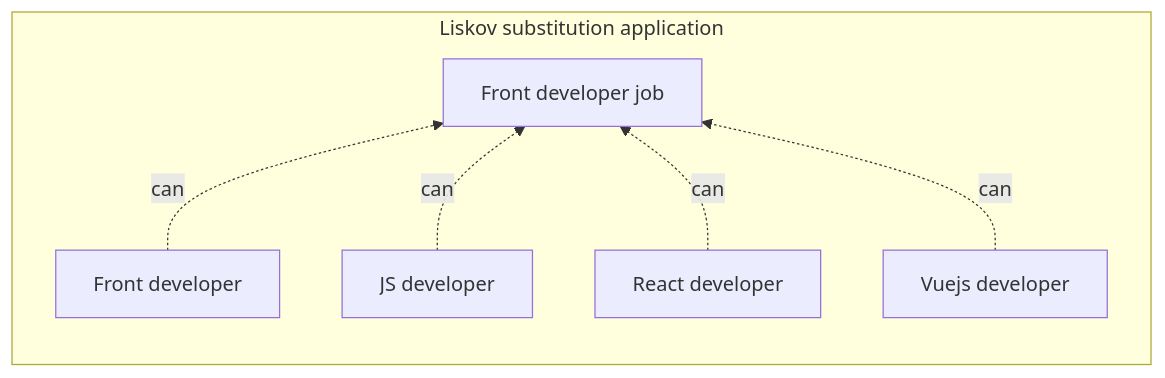
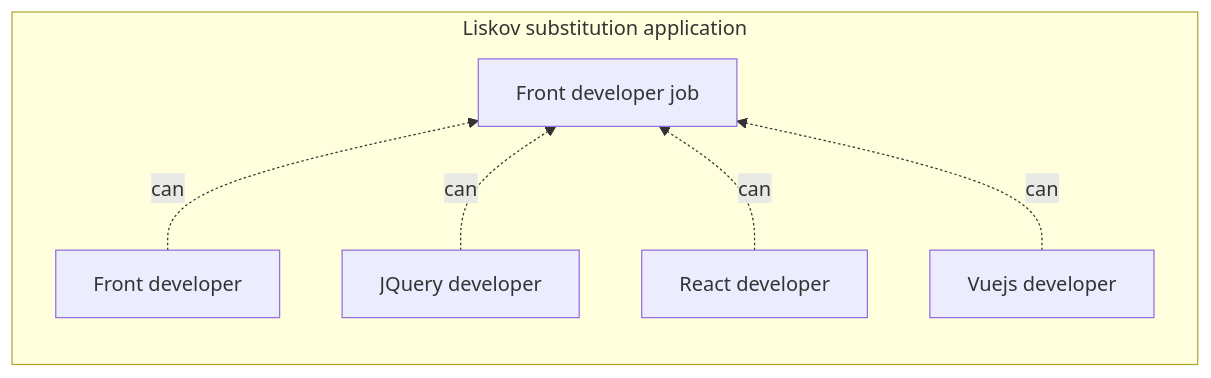
The second of 2 diagrams in docs/Liskov_Substitution_Principle.md (Asgard-Digital-Force/Asgardian-Code-Principles), drawn with Mermaid before and after one commit. The commit also changed other lines of this file, not shown here.

Commit message:
better exemple

````diff
--- a/docs/Liskov_Substitution_Principle.md
+++ b/docs/Liskov_Substitution_Principle.md
@@ -51,11 +51,11 @@
 ```mermaid
 graph TD
 
     subgraph Liskov substitution application
         direction BT
         FD0[Front developer] -.can.-> D[Front developer job]
-        JS0[JS developer] -.can.-> D
+        JS0[JQuery developer] -.can.-> D
         RD0[React developer] -.can.-> D
         VJS0[Vuejs developer] -.can.-> D
     end
 ```
````
